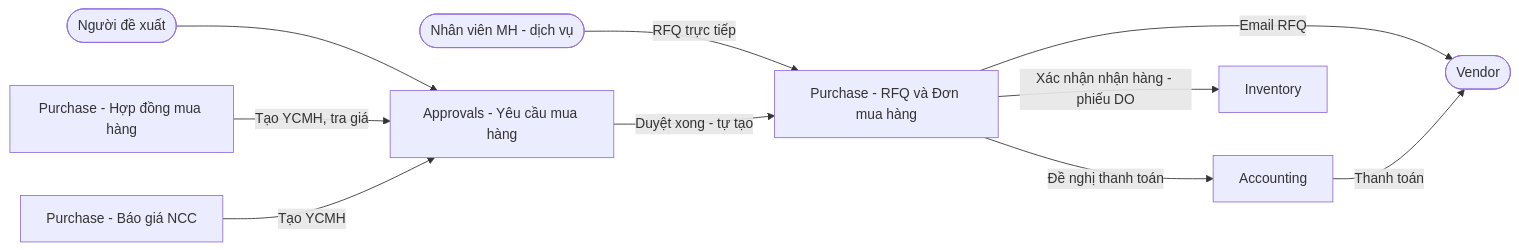
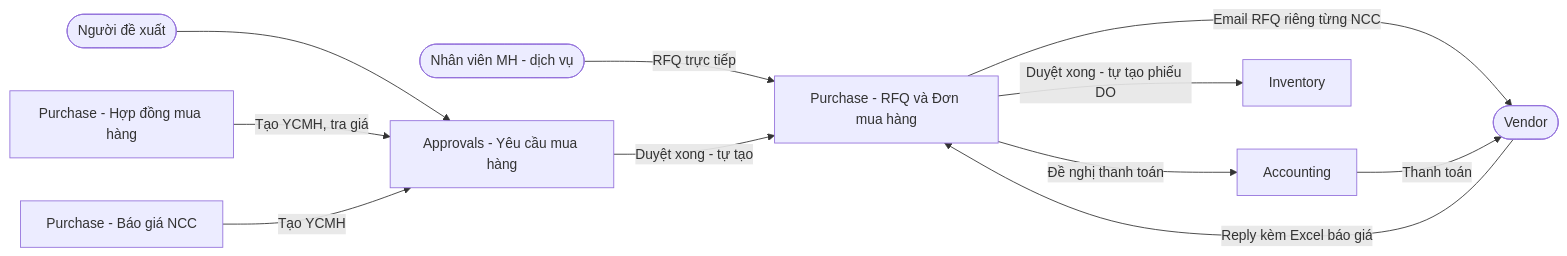
One commit to lethanhdat2002296-cpu/Skill_BA_Cloud_Automation changed the first of 4 diagrams in outputs/odoo-mua-hang/SRS.md. Above: the diagram before and after it, drawn with Mermaid. The commit also changed other lines of this file and 58 other files, not shown here.

````diff
--- a/outputs/odoo-mua-hang/SRS.md
+++ b/outputs/odoo-mua-hang/SRS.md
@@ -69,12 +74,13 @@
 ```mermaid
 flowchart LR
   ND([Người đề xuất]) --> AP[Approvals - Yêu cầu mua hàng]
   HD[Purchase - Hợp đồng mua hàng] -->|Tạo YCMH, tra giá| AP
   BG[Purchase - Báo giá NCC] -->|Tạo YCMH| AP
   MH([Nhân viên MH - dịch vụ]) -->|RFQ trực tiếp| PU
   AP -->|Duyệt xong - tự tạo| PU[Purchase - RFQ và Đơn mua hàng]
-  PU -->|Email RFQ| VD([Vendor])
+  PU -->|Email RFQ riêng từng NCC| VD([Vendor])
+  VD -->|Reply kèm Excel báo giá| PU
   PU -->|Đề nghị thanh toán| AC[Accounting]
-  PU -->|Xác nhận nhận hàng - phiếu DO| IN[Inventory]
+  PU -->|Duyệt xong - tự tạo phiếu DO| IN[Inventory]
   AC -->|Thanh toán| VD
 ```
````
